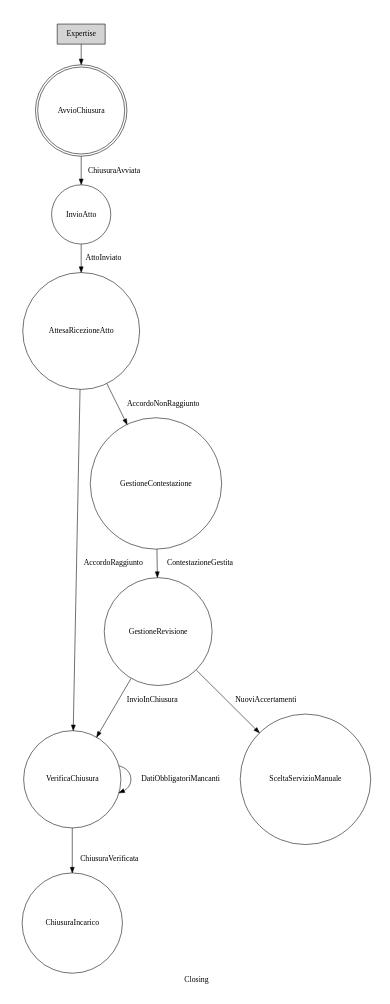
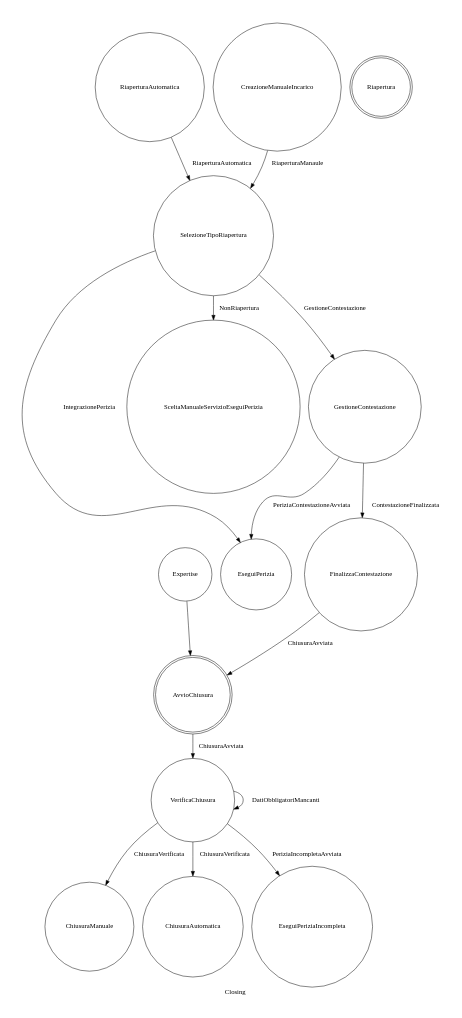
One commit to mauriziocaronni/stateDiagramPython changed the diagram in closing/closing.dot. Above: the diagram before and after it, drawn with Graphviz. The commit also changed 27 other files, not shown here.

Commit message:
aggiunto schema globale

```diff
--- a/closing/closing.dot
+++ b/closing/closing.dot
@@ -1,28 +1,29 @@
 digraph finite_state_machine {
     rankdir=TB;
     size="8,5"
     label="Closing"
-    node [shape = doublecircle]; AvvioChiusura;
+    node [shape = doublecircle]; AvvioChiusura Riapertura;
     node [shape = circle];
 
-    subgraph Expertise {
-        node [style =  filled shape = box]
-	    label = "Assessment";
-		color=green
-        Expertise    
-    }
+
 
 
         Expertise                  -> AvvioChiusura
-        AvvioChiusura              -> InvioAtto              [ label = "ChiusuraAvviata"]
-        InvioAtto                  -> AttesaRicezioneAtto    [ label = "AttoInviato"]
-        AttesaRicezioneAtto        -> VerificaChiusura       [ label = "AccordoRaggiunto"]
-        AttesaRicezioneAtto        -> GestioneContestazione  [ label = "AccordoNonRaggiunto"]
-        VerificaChiusura           -> ChiusuraIncarico       [ label = "ChiusuraVerificata"]
+        AvvioChiusura              -> VerificaChiusura       [ label = "ChiusuraAvviata"]
+        VerificaChiusura           -> ChiusuraManuale       [ label = "ChiusuraVerificata"]
+        VerificaChiusura           -> ChiusuraAutomatica    [ label = "ChiusuraVerificata"]
         VerificaChiusura           -> VerificaChiusura       [ label = "DatiObbligatoriMancanti"]
-        GestioneContestazione      -> GestioneRevisione      [ label = "ContestazioneGestita"]
-        GestioneRevisione          -> SceltaServizioManuale  [ label = "NuoviAccertamenti"]
-        GestioneRevisione          -> VerificaChiusura       [ label = "InvioInChiusura"]
-         
+        VerificaChiusura           -> EseguiPeriziaIncompleta       [ label = "PeriziaIncompletaAvviata"]
+        
+        RiaperturaAutomatica       -> SelezioneTipoRiapertura [ label = "RiaperturaAutomatica" ]
+        CreazioneManualeIncarico   -> SelezioneTipoRiapertura [ label = "RiaperturaManaule" ]
+        SelezioneTipoRiapertura    ->  EseguiPerizia          [ label = "IntegrazionePerizia"]
+        SelezioneTipoRiapertura    ->  SceltaManualeServizioEseguiPerizia [ label = "NonRiapertura"]
+        SelezioneTipoRiapertura    ->  GestioneContestazione [ label = "GestioneContestazione"]
+
+        GestioneContestazione       -> EseguiPerizia          [ label = "PeriziaContestazioneAvviata"]
+        GestioneContestazione       -> FinalizzaContestazione [ label = "ContestazioneFinalizzata"]
+        FinalizzaContestazione      -> AvvioChiusura          [ label = "ChiusuraAvviata"]
+
 
 }
```
